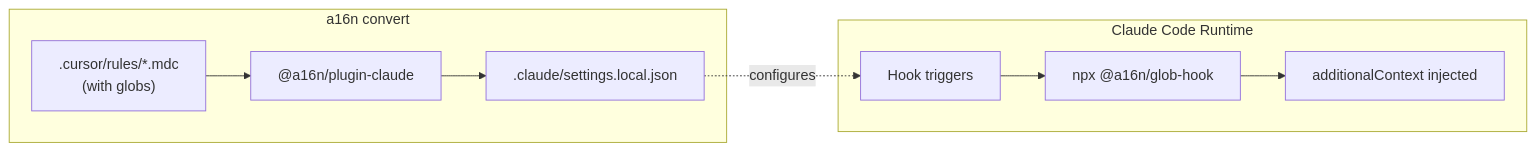
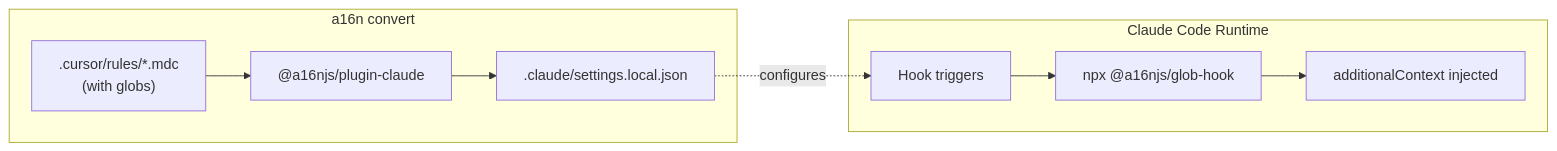
One commit to Texarkanine/a16n changed the diagram in planning/glob-hook/PRODUCT_BRIEF.md. Above: the diagram before and after it, drawn with Mermaid. The commit also changed other lines of this file and 50 other files, not shown here.

````diff
--- a/planning/glob-hook/PRODUCT_BRIEF.md
+++ b/planning/glob-hook/PRODUCT_BRIEF.md
@@ -92,18 +92,18 @@
 ```mermaid
 flowchart LR
     subgraph convert["a16n convert"]
         cursor[".cursor/rules/*.mdc<br/>(with globs)"]
-        plugin["@a16n/plugin-claude"]
+        plugin["@a16njs/plugin-claude"]
         settings[".claude/settings.local.json"]
         cursor --> plugin --> settings
     end
     
     subgraph runtime["Claude Code Runtime"]
         hook["Hook triggers"]
-        globhook["npx @a16n/glob-hook"]
+        globhook["npx @a16njs/glob-hook"]
         context["additionalContext injected"]
         hook --> globhook --> context
     end
     
     settings -.->|"configures"| hook
 ```
````
